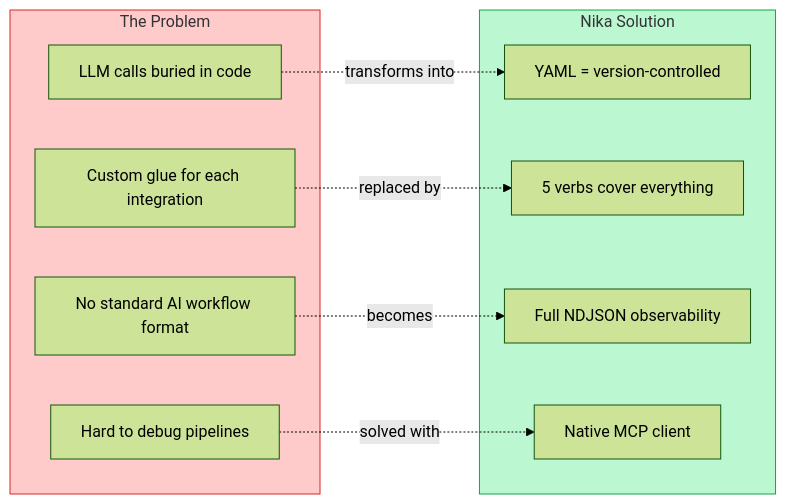
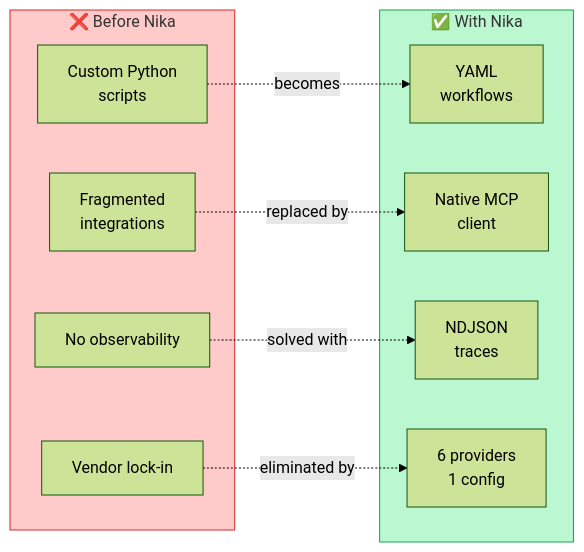
The second of 13 diagrams in README.md (supernovae-st/nika), drawn with Mermaid (forest theme) before and after one commit. The commit also changed other lines of this file, not shown here.

````diff
--- a/README.md
+++ b/README.md
@@ -116,24 +198,24 @@
 ```mermaid
 flowchart LR
-    subgraph Problem["The Problem"]
-        P1["LLM calls buried in code"]
-        P2["Custom glue for each integration"]
-        P3["No standard AI workflow format"]
-        P4["Hard to debug pipelines"]
+    subgraph Before["❌ Before Nika"]
+        B1["Custom Python<br/>scripts"]
+        B2["Fragmented<br/>integrations"]
+        B3["No observability"]
+        B4["Vendor lock-in"]
     end
 
-    subgraph Solution["Nika Solution"]
-        S1["YAML = version-controlled"]
-        S2["5 verbs cover everything"]
-        S3["Full NDJSON observability"]
-        S4["Native MCP client"]
+    subgraph After["✅ With Nika"]
+        A1["YAML<br/>workflows"]
+        A2["Native MCP<br/>client"]
+        A3["NDJSON<br/>traces"]
+        A4["6 providers<br/>1 config"]
     end
 
-    P1 -.->|"transforms into"| S1
-    P2 -.->|"replaced by"| S2
-    P3 -.->|"becomes"| S3
-    P4 -.->|"solved with"| S4
+    B1 -.->|"becomes"| A1
+    B2 -.->|"replaced by"| A2
+    B3 -.->|"solved with"| A3
+    B4 -.->|"eliminated by"| A4
 
-    style Problem fill:#fecaca,stroke:#dc2626
-    style Solution fill:#bbf7d0,stroke:#16a34a
+    style Before fill:#fecaca,stroke:#dc2626
+    style After fill:#bbf7d0,stroke:#16a34a
 ```
````
